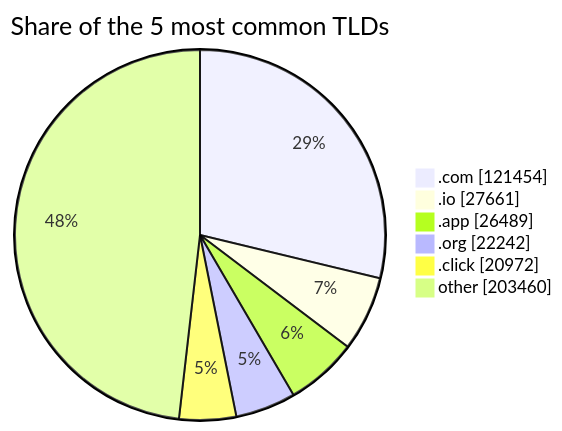
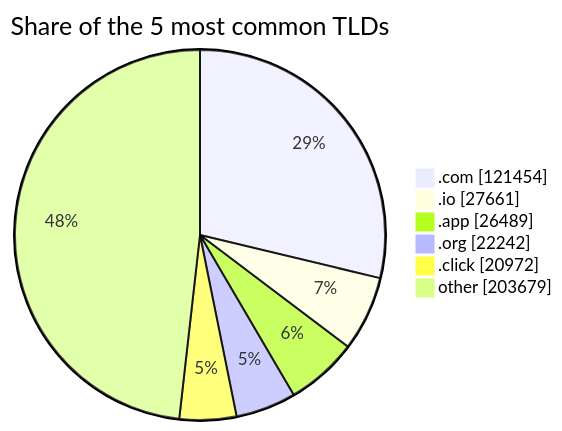
Before and after one commit to DNSBunker/CTI: the third of 3 diagrams in README.md, drawn with Mermaid. The commit also changed other lines of this file and 3 other files, not shown here.

````diff
--- a/README.md
+++ b/README.md
@@ -81,9 +81,9 @@
 ```mermaid
 pie showData title Share of the 5 most common TLDs
     ".com" : 121454
     ".io" : 27661
     ".app" : 26489
     ".org" : 22242
     ".click" : 20972
-    "other" : 203460
+    "other" : 203679
 ```
````
